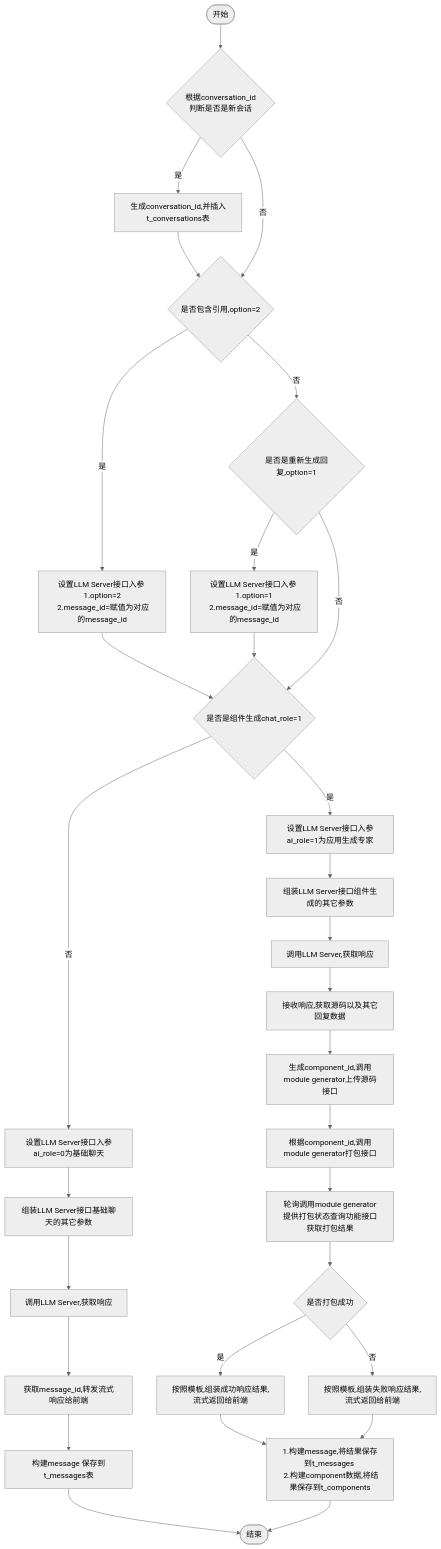
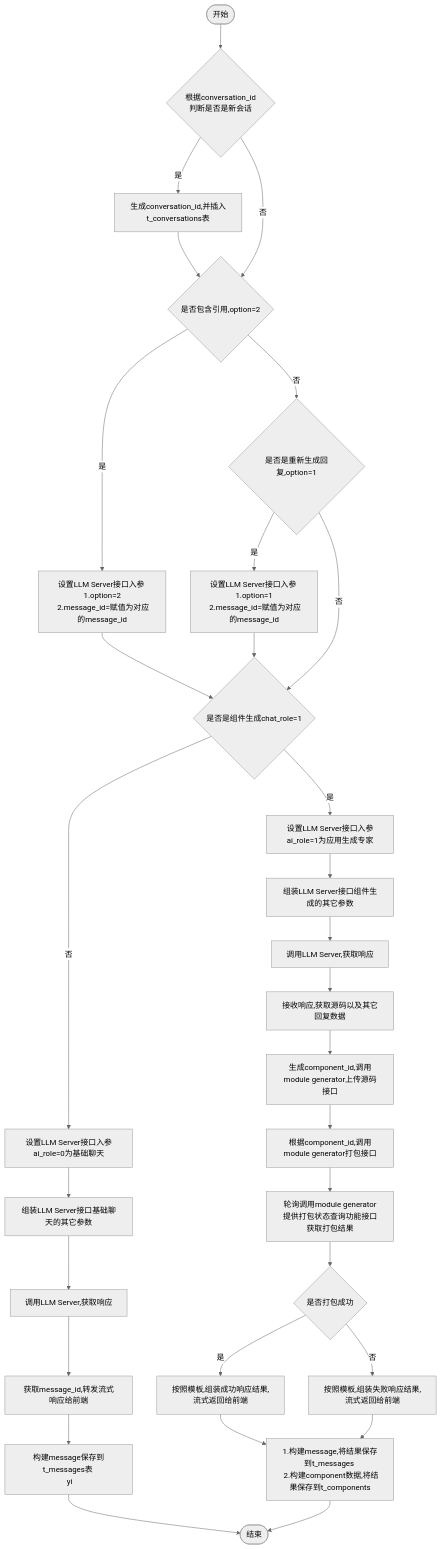
Before and after one commit to yingjianzh/iodraw-files: the diagram in all/w3-会话-不需要传递message.md, drawn with Mermaid (neutral theme).

Commit message:
2024-10-14 14:03:57 update

````diff
--- a/all/w3-会话-不需要传递message.md
+++ b/all/w3-会话-不需要传递message.md
@@ -1,36 +1,36 @@
 ```mermaid
 flowchart TD
     A([开始]) --> B{根据conversation_id \n 判断是否是新会话}
     B -- 是 --> C[生成conversation_id,并插入t_conversations表]
     C --> D
     B -- 否 --> D{是否包含引用,option=2}
     D -- 是 --> E[设置LLM Server接口入参 \n 1.option=2 \n 2.message_id=赋值为对应的message_id]
     D -- 否 --> F{是否是重新生成回复,option=1}
     F -- 是 --> G[设置LLM Server接口入参 \n 1.option=1 \n 2.message_id=赋值为对应的message_id]
     F -- 否 --> I
      
     E & G --> I{是否是组件生成chat_role=1}
     I -- 否 --> K[设置LLM Server接口入参ai_role=0为基础聊天]
     I -- 是 --> J[设置LLM Server接口入参ai_role=1为应用生成专家]
     
 
     J --> L[组装LLM Server接口组件生成的其它参数]    
     K --> M[组装LLM Server接口基础聊天的其它参数]    
     M --> N[调用LLM Server,获取响应]    
     N --> O[获取message_id,转发流式响应给前端]
-    O --> P[构建message 保存到t_messages表]
+    O --> P[构建message保存到t_messages表 \n yi]
     P --> R([结束])
 
 
     L --> S[调用LLM Server,获取响应]
     S --> T[接收响应,获取源码以及其它回复数据]
     T --> U[生成component_id,调用module generator上传源码接口]
     U --> V[根据component_id,调用module generator打包接口]
     V --> W[轮询调用module generator提供打包状态查询功能接口获取打包结果]
     W --> X{是否打包成功}
     X -- 是 --> Y[按照模板,组装成功响应结果,流式返回给前端]
     X -- 否 --> Z[按照模板,组装失败响应结果,流式返回给前端]
 
     Y & Z --> Result[1.构建message,将结果保存到t_messages \n 2.构建component数据,将结果保存到t_components]
     Result --> R
 ```
````
